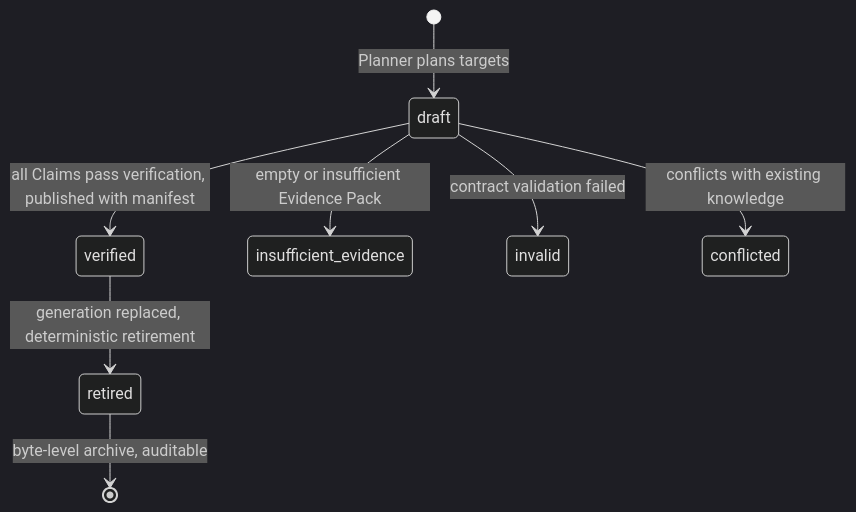
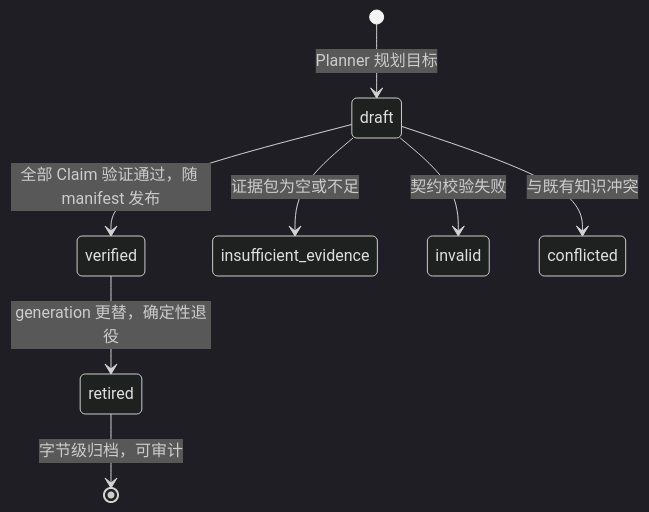
One commit to davyzhong/CodeWiki changed the fourth of 4 diagrams in README.md. Above: the diagram before and after it, drawn with Mermaid (dark theme). The commit also changed other lines of this file, not shown here.

````diff
--- a/README.md
+++ b/README.md
@@ -176,10 +244,10 @@
 ```mermaid
 stateDiagram-v2
-    [*] --> draft: Planner plans targets
-    draft --> verified: all Claims pass verification, published with manifest
-    draft --> insufficient_evidence: empty or insufficient Evidence Pack
-    draft --> invalid: contract validation failed
-    draft --> conflicted: conflicts with existing knowledge
-    verified --> retired: generation replaced, deterministic retirement
-    retired --> [*]: byte-level archive, auditable
+    [*] --> draft: Planner 规划目标
+    draft --> verified: 全部 Claim 验证通过，随 manifest 发布
+    draft --> insufficient_evidence: 证据包为空或不足
+    draft --> invalid: 契约校验失败
+    draft --> conflicted: 与既有知识冲突
+    verified --> retired: generation 更替，确定性退役
+    retired --> [*]: 字节级归档，可审计
 ```
````
